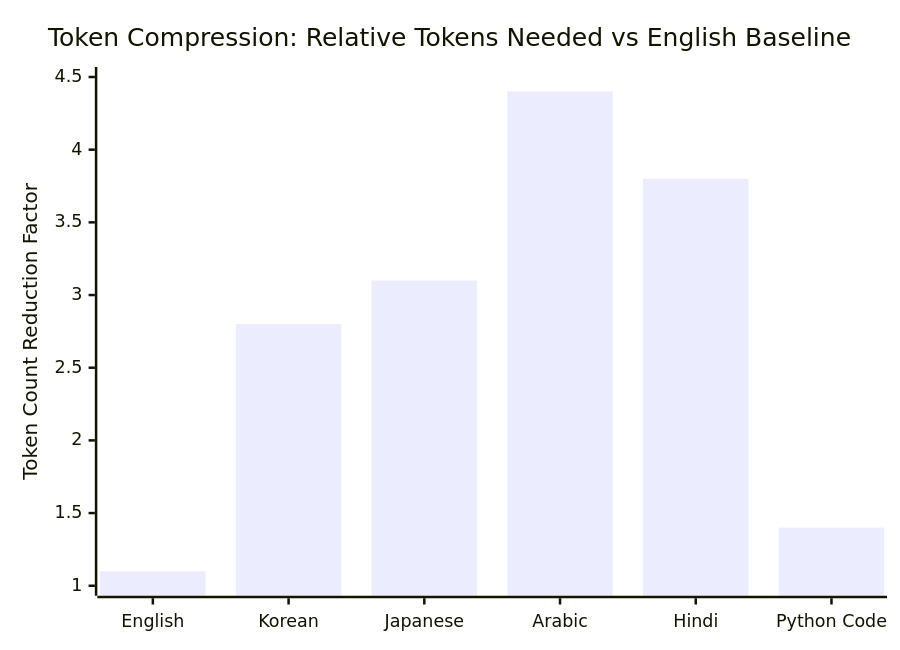
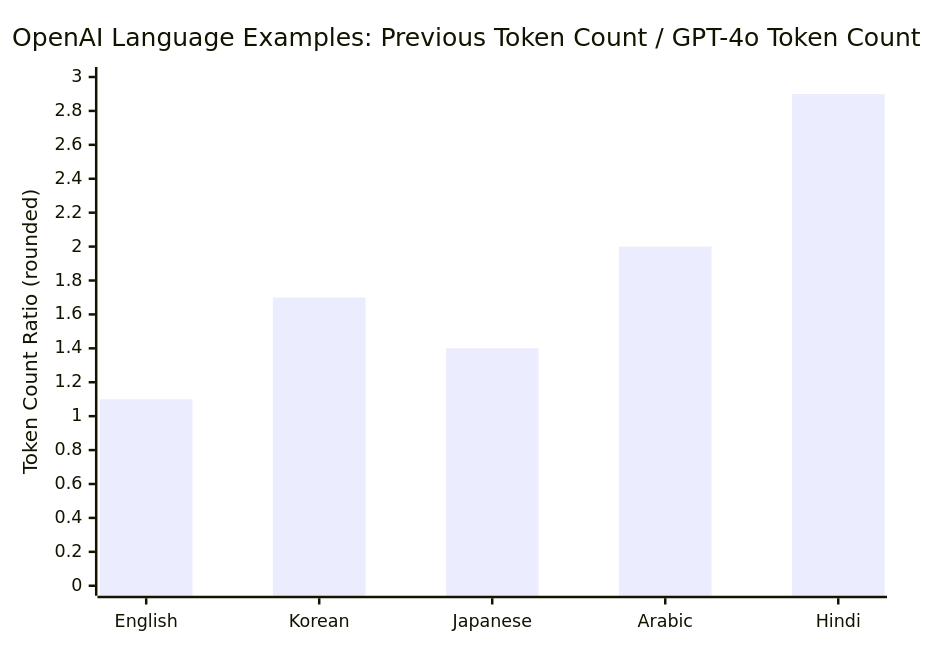
Before and after one commit to akillness/akillness.github.io: the third of 5 diagrams in _posts/2024/05/2024-05-14-gpt4o-release.md, drawn with Mermaid. The commit also changed other lines of this file and 1 other file, not shown here.

Commit message:
fix: correct GPT-4o token examples and label sidebar toggle

````diff
--- a/_posts/2024/05/2024-05-14-gpt4o-release.md
+++ b/_posts/2024/05/2024-05-14-gpt4o-release.md
@@ -79,7 +81,7 @@
 ```mermaid
 xychart-beta
-    title "Token Compression: Relative Tokens Needed vs English Baseline"
-    x-axis ["English", "Korean", "Japanese", "Arabic", "Hindi", "Python Code"]
-    y-axis "Token Count Reduction Factor" 1.0 --> 4.5
-    bar [1.1, 2.8, 3.1, 4.4, 3.8, 1.4]
+    title "OpenAI Language Examples: Previous Token Count / GPT-4o Token Count"
+    x-axis ["English", "Korean", "Japanese", "Arabic", "Hindi"]
+    y-axis "Token Count Ratio (rounded)" 0 --> 3.0
+    bar [1.1, 1.7, 1.4, 2.0, 2.9]
 ```
````
